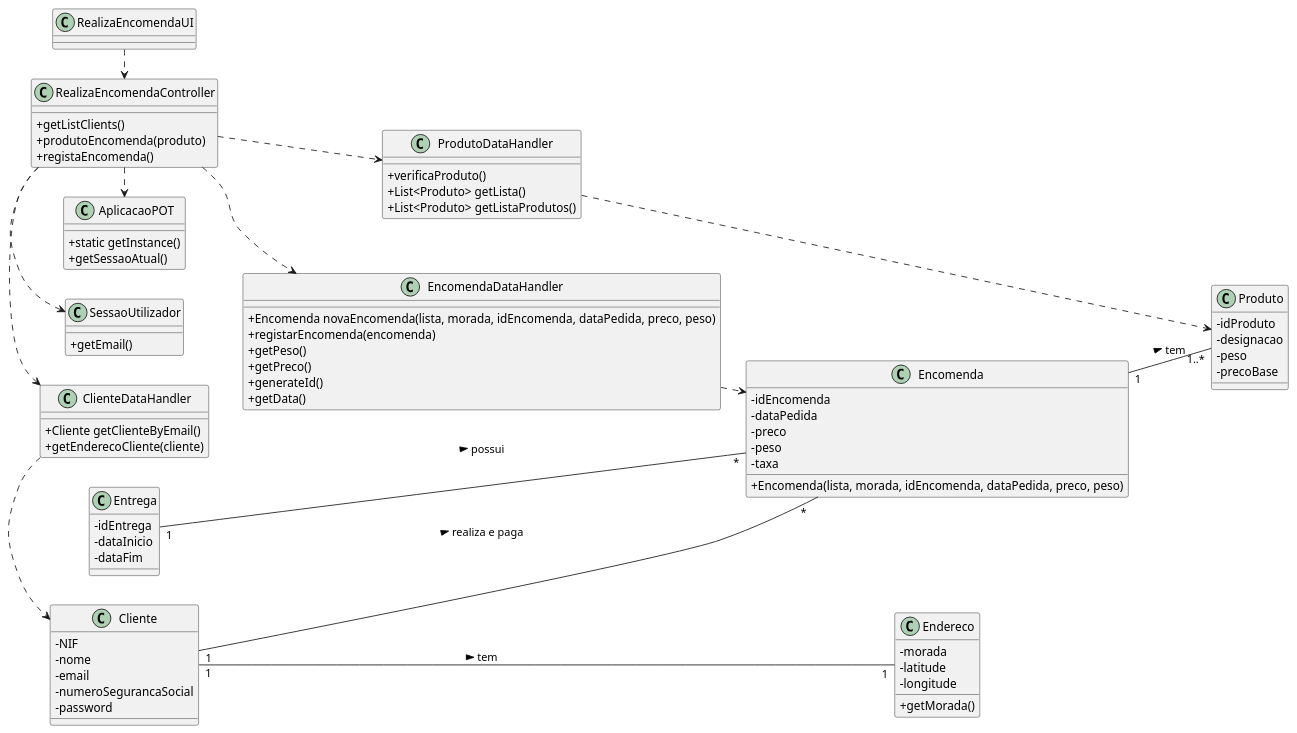
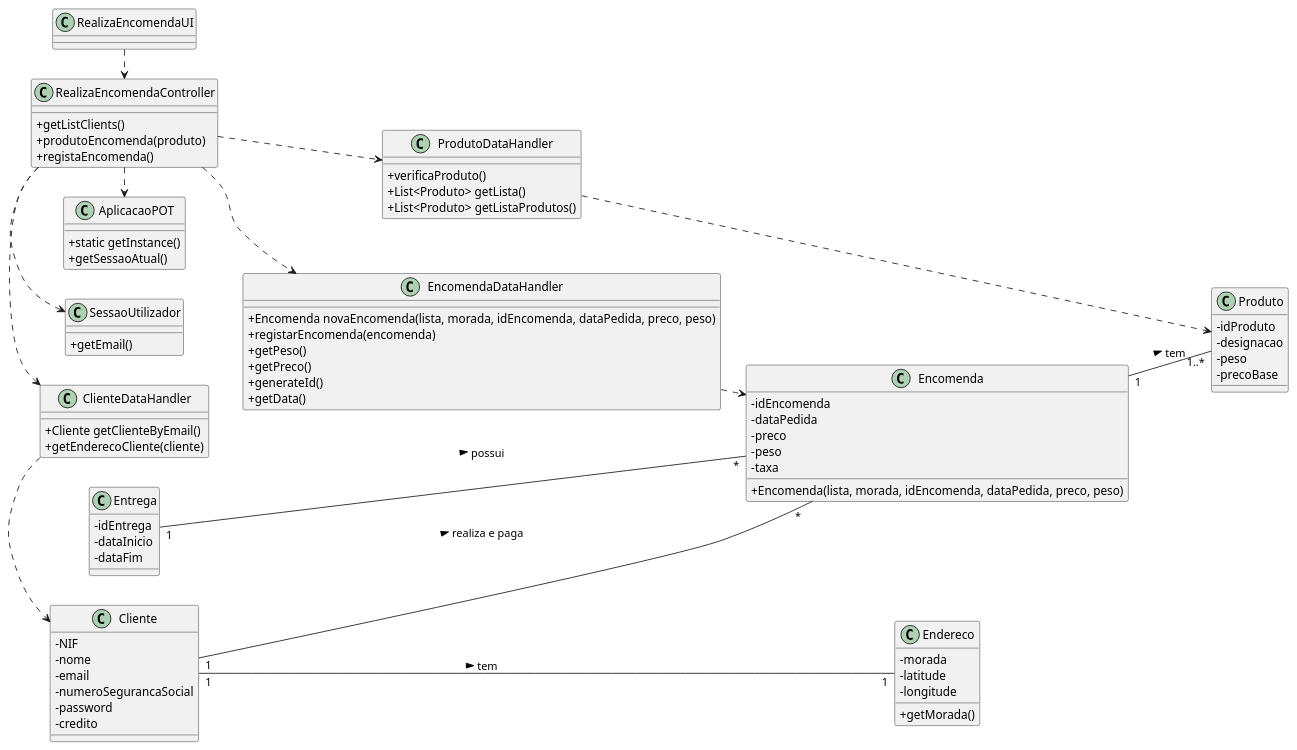
The diagram in docs/UC25/CD.puml (pedrolemos4/LAPR3), drawn with PlantUML before and after one commit. The commit also changed 14 other files, not shown here.

```diff
--- a/docs/UC25/CD.puml
+++ b/docs/UC25/CD.puml
@@ -1,103 +1,104 @@
 @startuml
 skinparam classAttributeIconSize 0
 left to right direction
 
 
 class RealizaEncomendaUI {
     
 }
 
 class RealizaEncomendaController {
     +getListClients()
     +produtoEncomenda(produto)
     +registaEncomenda()
 }
 
 class ClienteDataHandler {
     +Cliente getClienteByEmail()
     +getEnderecoCliente(cliente)
 }
 
 class ProdutoDataHandler {
     +verificaProduto()
     +List<Produto> getLista()
     +List<Produto> getListaProdutos()
 }
 
 class EncomendaDataHandler {
     +Encomenda novaEncomenda(lista, morada, idEncomenda, dataPedida, preco, peso)
     +registarEncomenda(encomenda)
     +getPeso()
     +getPreco()
     +generateId()
     +getData()
 }
 
 class AplicacaoPOT
 {
   +static getInstance()
   +getSessaoAtual()
 }
 
 class SessaoUtilizador
 {
   +getEmail()
 }
 
 
 
 class Entrega {
   -idEntrega
   -dataInicio
   -dataFim
 }
 
 class Encomenda {
   -idEncomenda
   -dataPedida
   -preco
   -peso
   -taxa
   +Encomenda(lista, morada, idEncomenda, dataPedida, preco, peso)
 }
 
 class Produto {
   -idProduto
   -designacao
   -peso
   -precoBase
 }
 
 class Endereco {
   -morada
   -latitude
   -longitude
   +getMorada()
 }
 
 class Cliente {
   -NIF
   -nome
   -email
   -numeroSegurancaSocial
   -password
+  -credito
 }
 
 RealizaEncomendaUI .> RealizaEncomendaController
 RealizaEncomendaController .> SessaoUtilizador
 RealizaEncomendaController .> AplicacaoPOT
 RealizaEncomendaController .> ClienteDataHandler
 RealizaEncomendaController .> ProdutoDataHandler
 RealizaEncomendaController .> EncomendaDataHandler
 
 ClienteDataHandler .> Cliente
 ProdutoDataHandler .> Produto
 EncomendaDataHandler .> Encomenda
 
 
 Entrega "1" -- "*" Encomenda : possui >
 Cliente "1" -- "*" Encomenda: realiza e paga >
 Encomenda "1" -- "1..*" Produto: tem >
 Cliente "1" -- "1" Endereco: tem >
 
 @enduml
```
